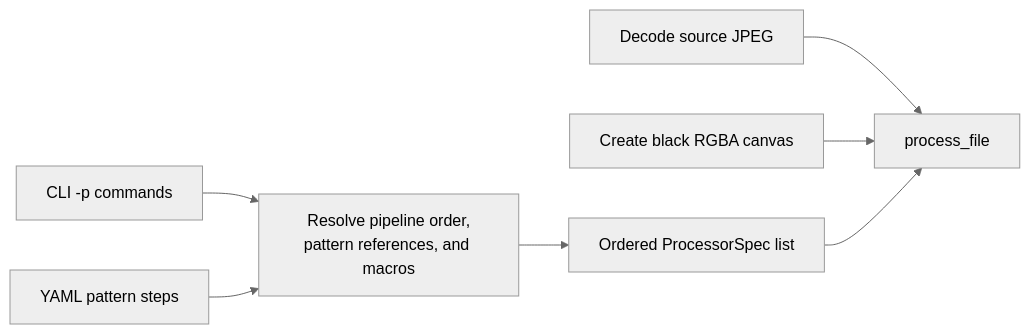
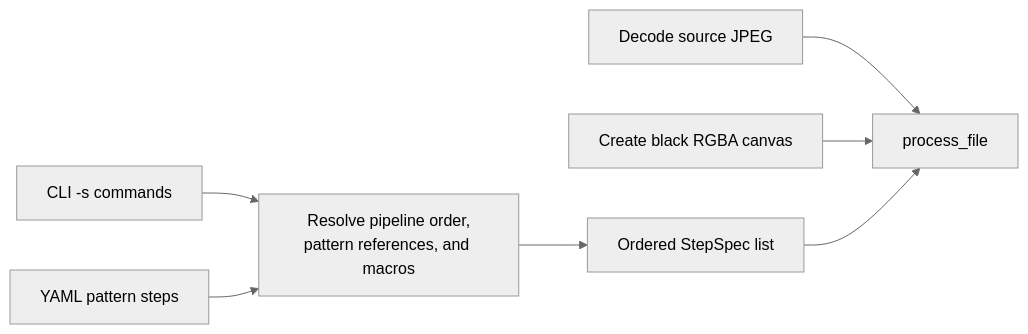
One commit to dotanrs/magritte changed the first of 3 diagrams in src/PROCESSING.md. Above: the diagram before and after it, drawn with Mermaid (neutral theme). The commit also changed other lines of this file and 169 other files, not shown here.

Commit message:
Rename processor -> step

````diff
--- a/src/PROCESSING.md
+++ b/src/PROCESSING.md
@@ -25,17 +25,17 @@
 ```mermaid
 flowchart LR
-    cli["CLI -p commands"]
+    cli["CLI -s commands"]
     yaml["YAML pattern steps"]
     resolve["Resolve pipeline order,<br/>pattern references, and macros"]
     source["Decode source JPEG"]
     canvas["Create black RGBA canvas"]
-    specs["Ordered ProcessorSpec list"]
+    specs["Ordered StepSpec list"]
     process["process_file"]
 
     cli --> resolve
     yaml --> resolve
     resolve --> specs
     source --> process
     canvas --> process
     specs --> process
 ```
````
